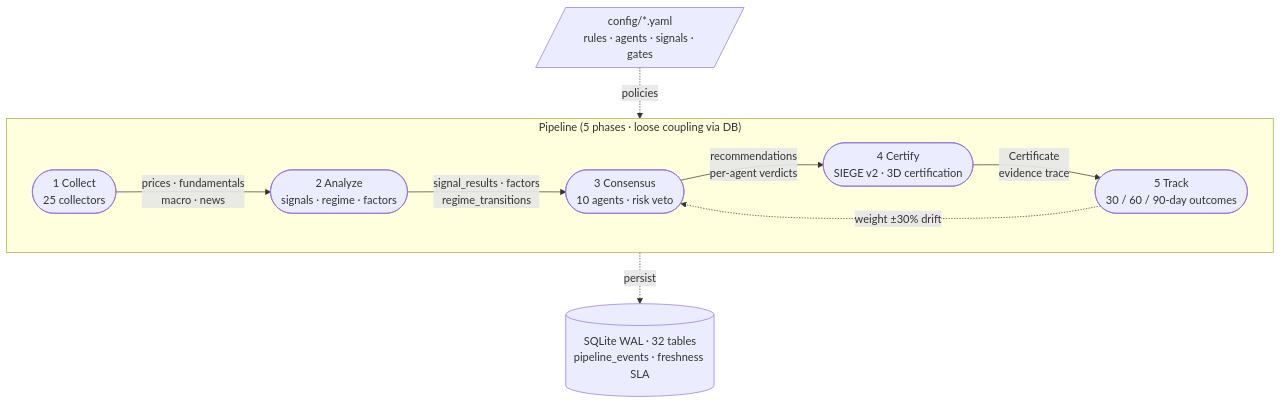
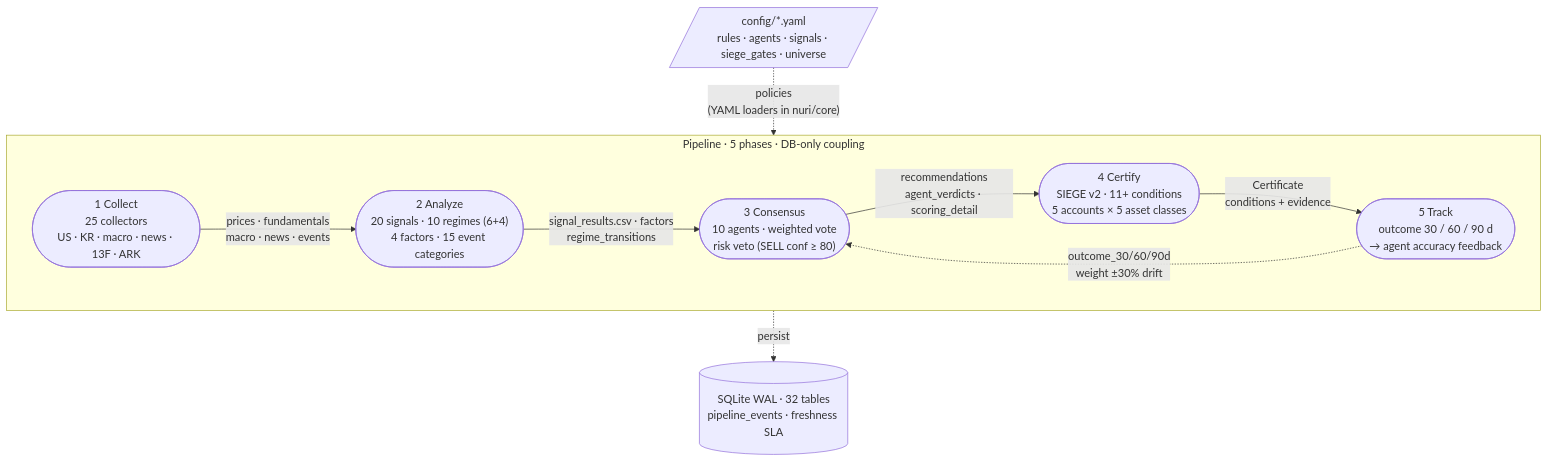
The diagram in README.md (researcherhojin/nuri-quant), drawn with Mermaid before and after one commit.

First paragraph of the commit message:
docs(readme): tighten architecture mermaid — concrete numeric scaffolding per stage
Previous 5-pill version was readable but too vague ("25 collectors",
"signals · regime · factors"). User feedback: not rigorous enough.

````diff
--- a/README.md
+++ b/README.md
@@ -19,24 +19,24 @@
 ```mermaid
 flowchart TD
-    CFG[/"config/*.yaml<br/>rules · agents · signals · gates"/]
+    CFG[/"config/*.yaml<br/>rules · agents · signals · siege_gates · universe"/]
 
-    subgraph Pipeline["Pipeline (5 phases · loose coupling via DB)"]
+    subgraph Pipeline["Pipeline · 5 phases · DB-only coupling"]
         direction LR
-        A(["1 Collect<br/>25 collectors"])
-        B(["2 Analyze<br/>signals · regime · factors"])
-        C(["3 Consensus<br/>10 agents · risk veto"])
-        D(["4 Certify<br/>SIEGE v2 · 3D certification"])
-        E(["5 Track<br/>30 / 60 / 90-day outcomes"])
+        A(["1 Collect<br/>25 collectors<br/>US · KR · macro · news · 13F · ARK"])
+        B(["2 Analyze<br/>20 signals · 10 regimes (6+4)<br/>4 factors · 15 event categories"])
+        C(["3 Consensus<br/>10 agents · weighted vote<br/>risk veto (SELL conf ≥ 80)"])
+        D(["4 Certify<br/>SIEGE v2 · 11+ conditions<br/>5 accounts × 5 asset classes"])
+        E(["5 Track<br/>outcome 30 / 60 / 90 d<br/>→ agent accuracy feedback"])
 
-        A -- "prices · fundamentals<br/>macro · news" --> B
-        B -- "signal_results · factors<br/>regime_transitions" --> C
-        C -- "recommendations<br/>per-agent verdicts" --> D
-        D -- "Certificate<br/>evidence trace" --> E
-        E -. "weight ±30% drift" .-> C
+        A -- "prices · fundamentals<br/>macro · news · events" --> B
+        B -- "signal_results.csv · factors<br/>regime_transitions" --> C
+        C -- "recommendations<br/>agent_verdicts · scoring_detail" --> D
+        D -- "Certificate<br/>conditions + evidence" --> E
+        E -. "outcome_30/60/90d<br/>weight ±30% drift" .-> C
     end
 
     DB[("SQLite WAL · 32 tables<br/>pipeline_events · freshness SLA")]
 
-    CFG -. policies .-> Pipeline
+    CFG -. "policies<br/>(YAML loaders in nuri/core)" .-> Pipeline
     Pipeline -. persist .-> DB
 ```
````
